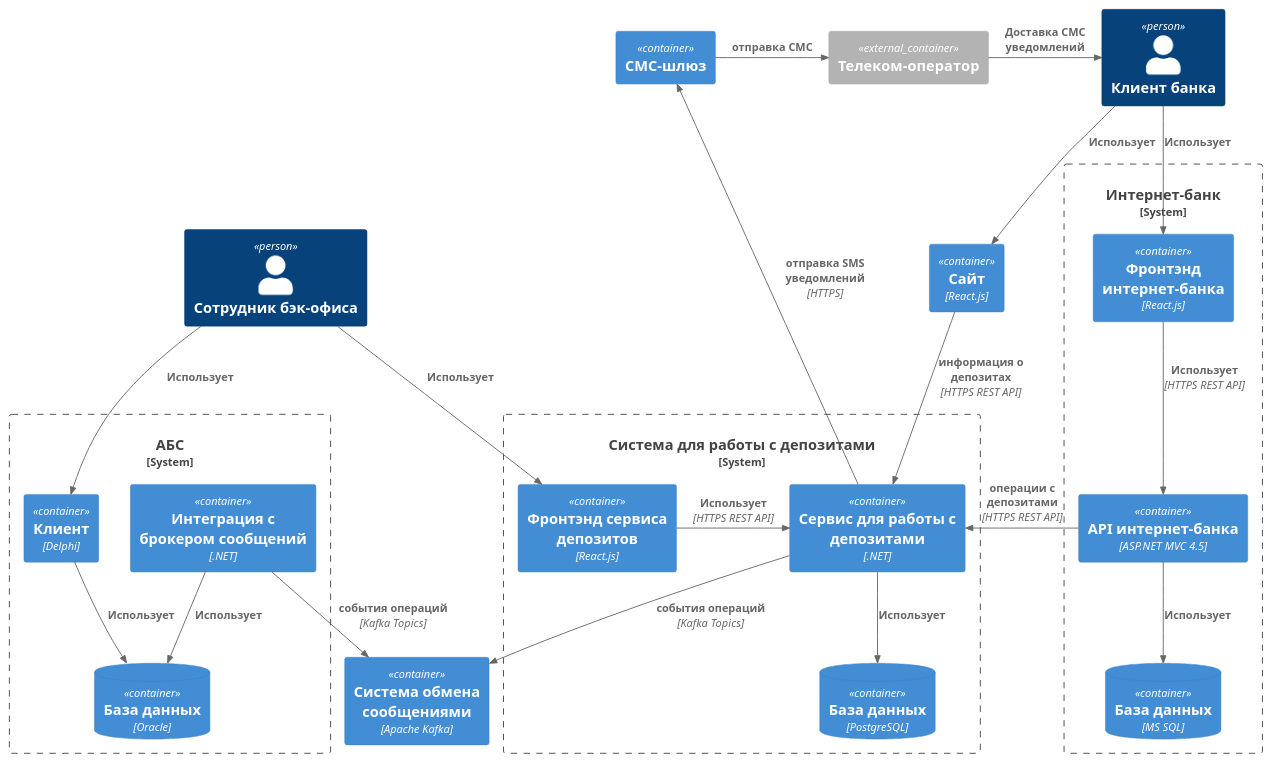
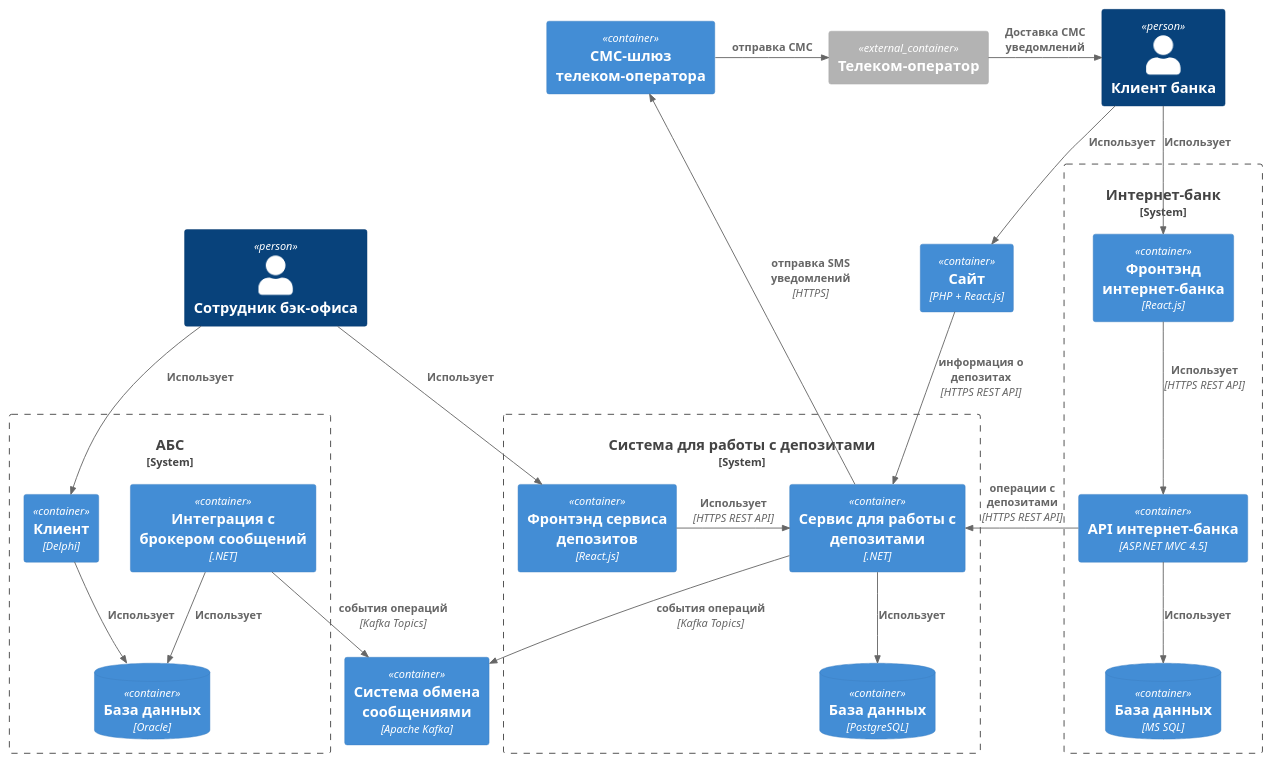
The diagram in Task3/Containers.puml (vsevolod-nikitin/yandex-practicum-architecture-pro-standart), drawn with PlantUML before and after one commit. The commit also changed 7 other files, not shown here.

Commit message:
Обновление схем 3 и 4 заданий.

```diff
--- a/Task3/Containers.puml
+++ b/Task3/Containers.puml
@@ -1,58 +1,58 @@
 @startuml Containers
 !include https://raw.githubusercontent.com/plantuml-stdlib/C4-PlantUML/master/C4_Container.puml
 
 Person(client, "Клиент банка")
 Person(backEmployee, "Сотрудник бэк-офиса")
 
-Container(website, "Сайт", "React.js")
+Container(website, "Сайт", "PHP + React.js")
 
 System_Boundary(internetBankSystem, "Интернет-банк"){
     Container(internetBankFrontend, "Фронтэнд интернет-банка", "React.js")
     Container(internetBank, "API интернет-банка", "ASP.NET MVC 4.5")
     ContainerDb(internetBankDb, "База данных", "MS SQL")
 }
 
 System_Boundary(absSystem, "АБС"){
     Container(abs, "Клиент", "Delphi")
     Container(absMQIntegration, "Интеграция с брокером сообщений", ".NET")
     ContainerDb(absDb, "База данных", "Oracle")
 }
 
 System_Boundary(depositSystem, "Система для работы с депозитами"){
     Container(depositServiceFrontend, "Фронтэнд сервиса депозитов", "React.js")
     Container(depositService, "Сервис для работы с депозитами", ".NET")
     ContainerDb(depositServiceDb, "База данных", "PostgreSQL")
 }
 
-Container(smsGateway, "СМС-шлюз")
+Container(smsGateway, "СМС-шлюз телеком-оператора")
 Container(messageBroker, "Система обмена сообщениями", "Apache Kafka")
 
 Container_Ext(telecomOperator, "Телеком-оператор")
 
 Rel(client, internetBankFrontend, "Использует")
 Rel(client, website, "Использует")
 
 Rel(backEmployee, depositServiceFrontend, "Использует")
 Rel(backEmployee, abs, "Использует")
 
 Rel(internetBank, depositService, "операции с депозитами", "HTTPS REST API")
 Rel(website, depositService, "информация о депозитах", "HTTPS REST API")
 
 Rel(depositService, smsGateway, "отправка SMS уведомлений", "HTTPS")
 Rel(depositService, messageBroker, "события операций", "Kafka Topics")
 Rel(depositService, depositServiceDb, "Использует")
 Rel_R(depositServiceFrontend, depositService, "Использует", "HTTPS REST API")
 
 Rel_R(smsGateway, telecomOperator, "отправка СМС")
 Rel_R(telecomOperator, client, "Доставка СМС уведомлений")
 
 Rel(internetBankFrontend, internetBank, "Использует", "HTTPS REST API")
 Rel(internetBank, internetBankDb, "Использует")
 
 Rel(abs, absDb, "Использует")
 Rel(absMQIntegration, messageBroker, "события операций", "Kafka Topics")
 Rel(absMQIntegration, absDb, "Использует")
 
 LAYOUT_TOP_DOWN()
 
 @enduml
```
